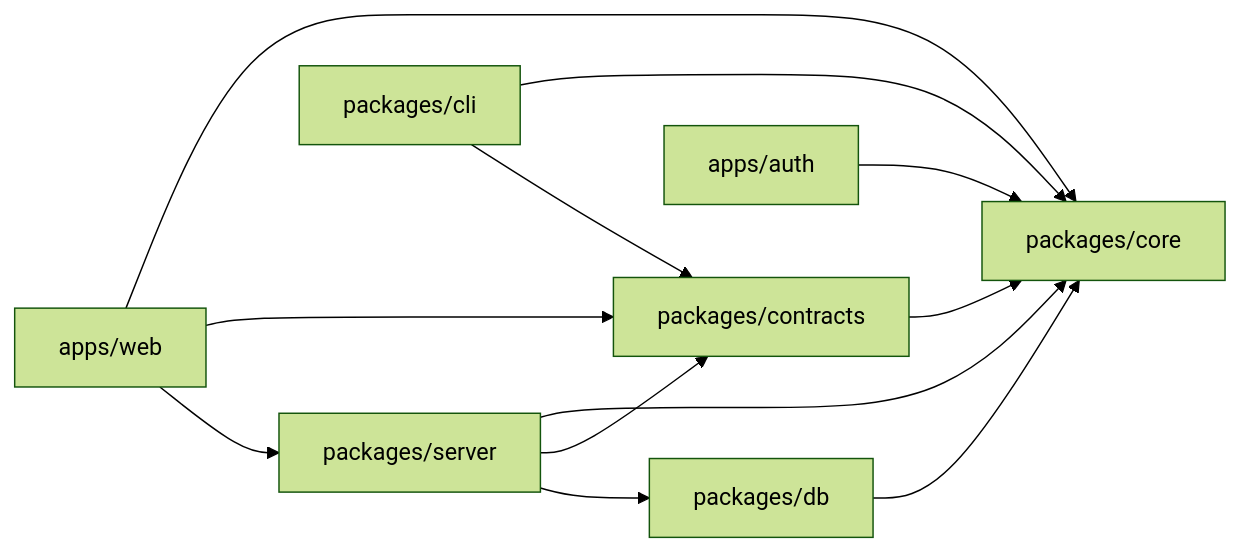
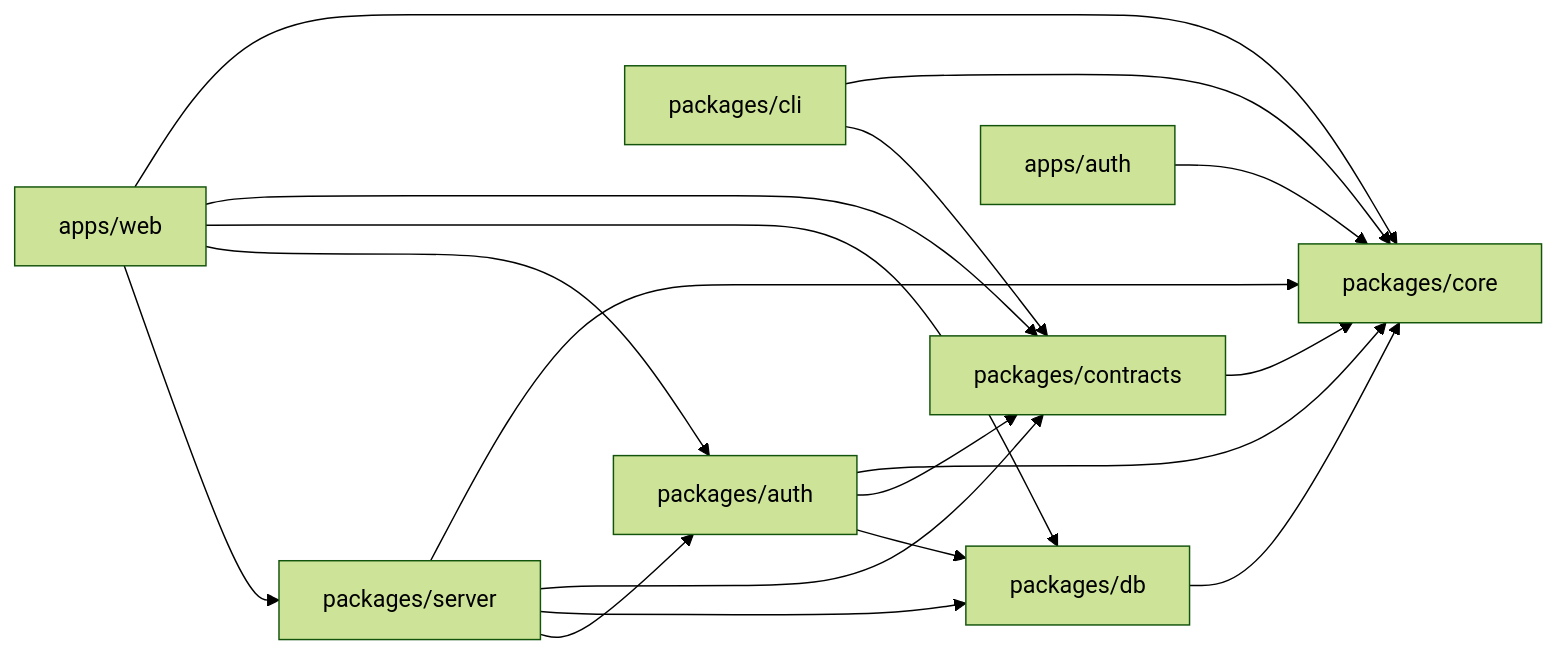
Before and after one commit to fabioassuncao/dev-gateway: the diagram in docs/monorepo.md, drawn with Mermaid (forest theme). The commit also changed other lines of this file and 132 other files, not shown here.

````diff
--- a/docs/monorepo.md
+++ b/docs/monorepo.md
@@ -69,22 +71,29 @@
 ```mermaid
 flowchart LR
     core[packages/core]
     contracts[packages/contracts]
     db[packages/db]
+    auth[packages/auth]
     server[packages/server]
     web[apps/web]
     cli[packages/cli]
     fauth[apps/auth]
 
     contracts --> core
     db --> core
+    auth --> core
+    auth --> contracts
+    auth --> db
     server --> core
     server --> contracts
     server --> db
+    server --> auth
     web --> core
     web --> contracts
+    web --> db
+    web --> auth
     web --> server
     cli --> core
     cli --> contracts
     fauth --> core
 ```
````
